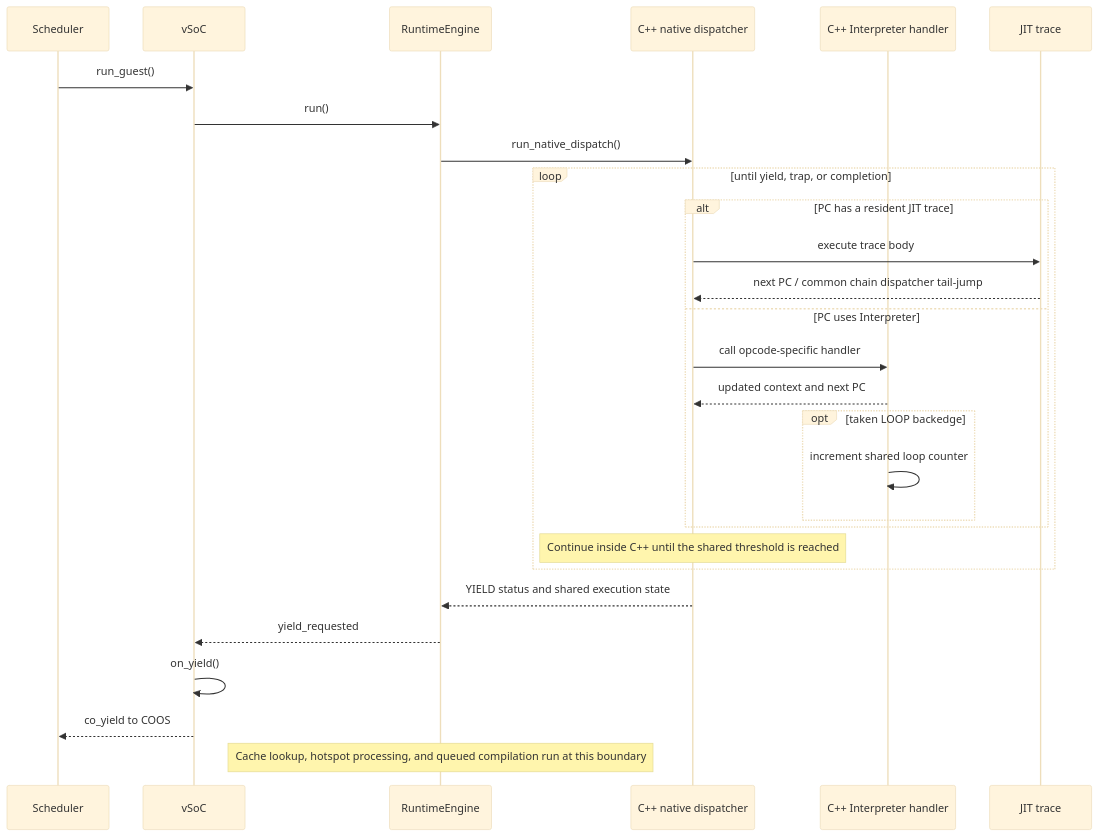
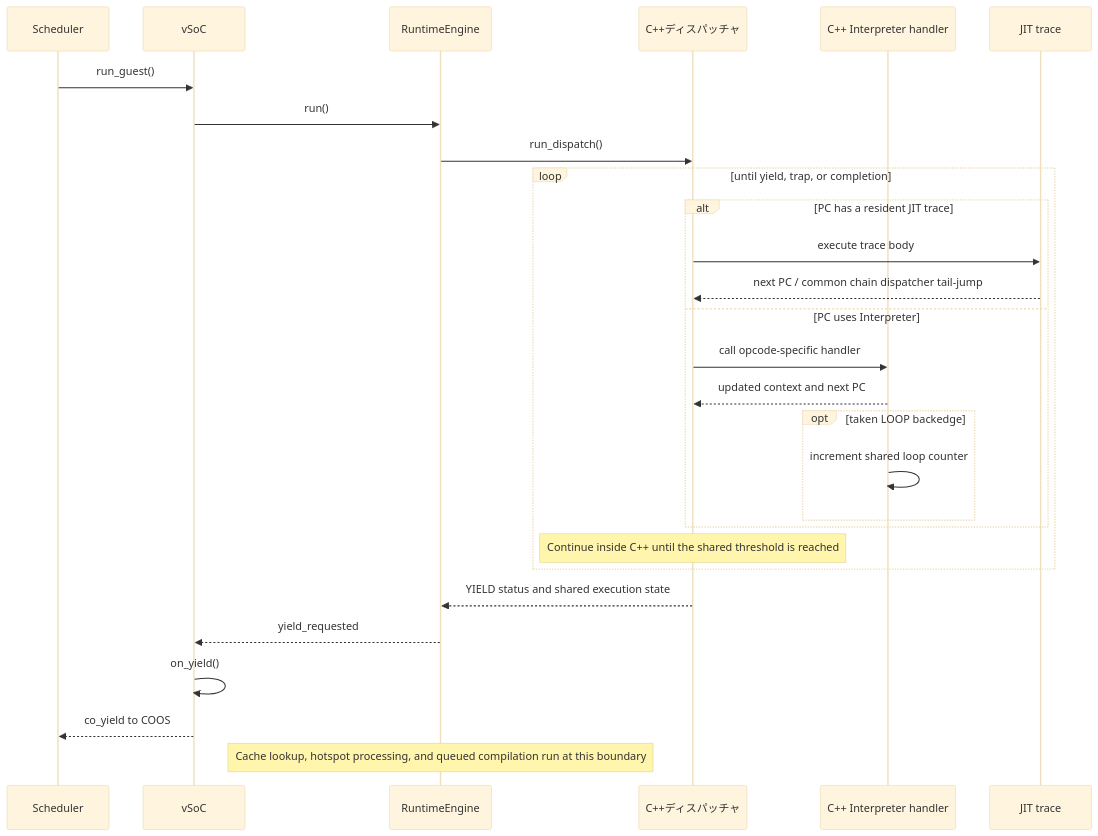
The fifth of 7 diagrams in docs/components/tier2_runtime/runtime_vsoc.md (kmt-t/fireball), drawn with Mermaid (base theme) before and after one commit. The commit also changed other lines of this file and 75 other files, not shown here.

````diff
--- a/docs/components/tier2_runtime/runtime_vsoc.md
+++ b/docs/components/tier2_runtime/runtime_vsoc.md
@@ -386,32 +385,32 @@
 ```mermaid
 sequenceDiagram
     participant S as Scheduler
     participant V as vSoC
     participant R as RuntimeEngine
-    participant D as C++ native dispatcher
+    participant D as C++ディスパッチャ
     participant I as C++ Interpreter handler
     participant J as JIT trace
 
     S->>V: run_guest()
     V->>R: run()
-    R->>D: run_native_dispatch()
+    R->>D: run_dispatch()
     loop until yield, trap, or completion
         alt PC has a resident JIT trace
             D->>J: execute trace body
             J-->>D: next PC / common chain dispatcher tail-jump
         else PC uses Interpreter
             D->>I: call opcode-specific handler
             I-->>D: updated context and next PC
             opt taken LOOP backedge
                 I->>I: increment shared loop counter
             end
         end
         Note over D: Continue inside C++ until the shared threshold is reached
     end
     D-->>R: YIELD status and shared execution state
     R-->>V: yield_requested
     V->>V: on_yield()
     V-->>S: co_yield to COOS
 
     Note over R: Cache lookup, hotspot processing, and queued compilation run at this boundary
 ```
````
